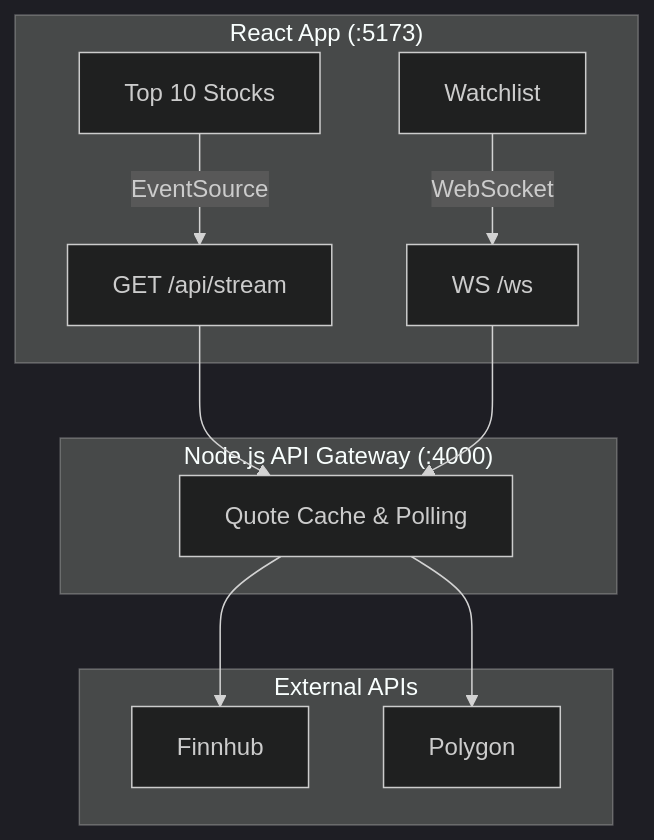
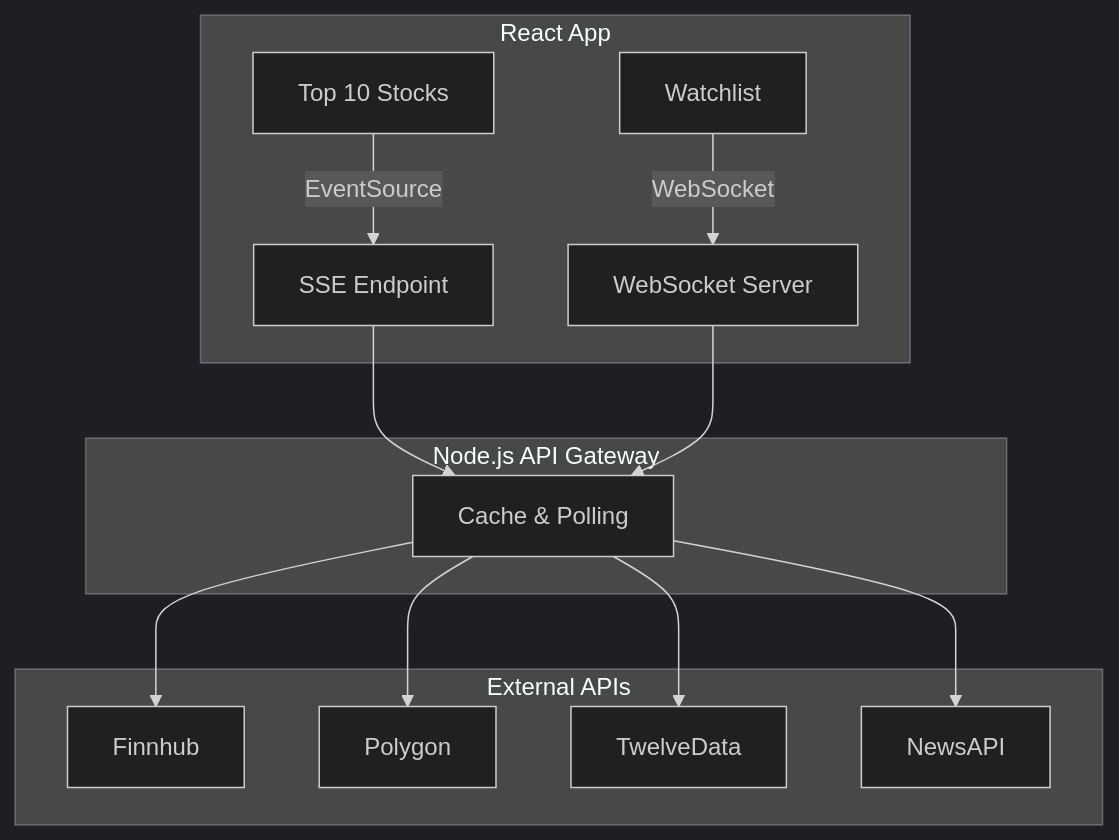
The diagram in README.md (allentronix/stocks_tracker), drawn with Mermaid (dark theme) before and after one commit. The commit also changed other lines of this file, not shown here.

````diff
--- a/README.md
+++ b/README.md
@@ -53,26 +61,31 @@
 ```mermaid
 flowchart TB
-  subgraph Browser["React App (:5173)"]
+  subgraph Browser["React App"]
     TopTen["Top 10 Stocks"]
     Watchlist["Watchlist"]
+
     TopTen -->|EventSource| SSE
     Watchlist -->|WebSocket| WS
   end
 
-  subgraph Gateway["Node.js API Gateway (:4000)"]
-    SSE["GET /api/stream"]
-    WS["WS /ws"]
-    Cache["Quote Cache & Polling"]
+  subgraph Gateway["Node.js API Gateway"]
+    SSE["SSE Endpoint"]
+    WS["WebSocket Server"]
+    Cache["Cache & Polling"]
 
     SSE --> Cache
     WS --> Cache
   end
 
   subgraph APIs["External APIs"]
     Finnhub
     Polygon
+    TwelveData
+    NewsAPI
   end
 
   Cache --> Finnhub
   Cache --> Polygon
+  Cache --> TwelveData
+  Cache --> NewsAPI
 ```
````
